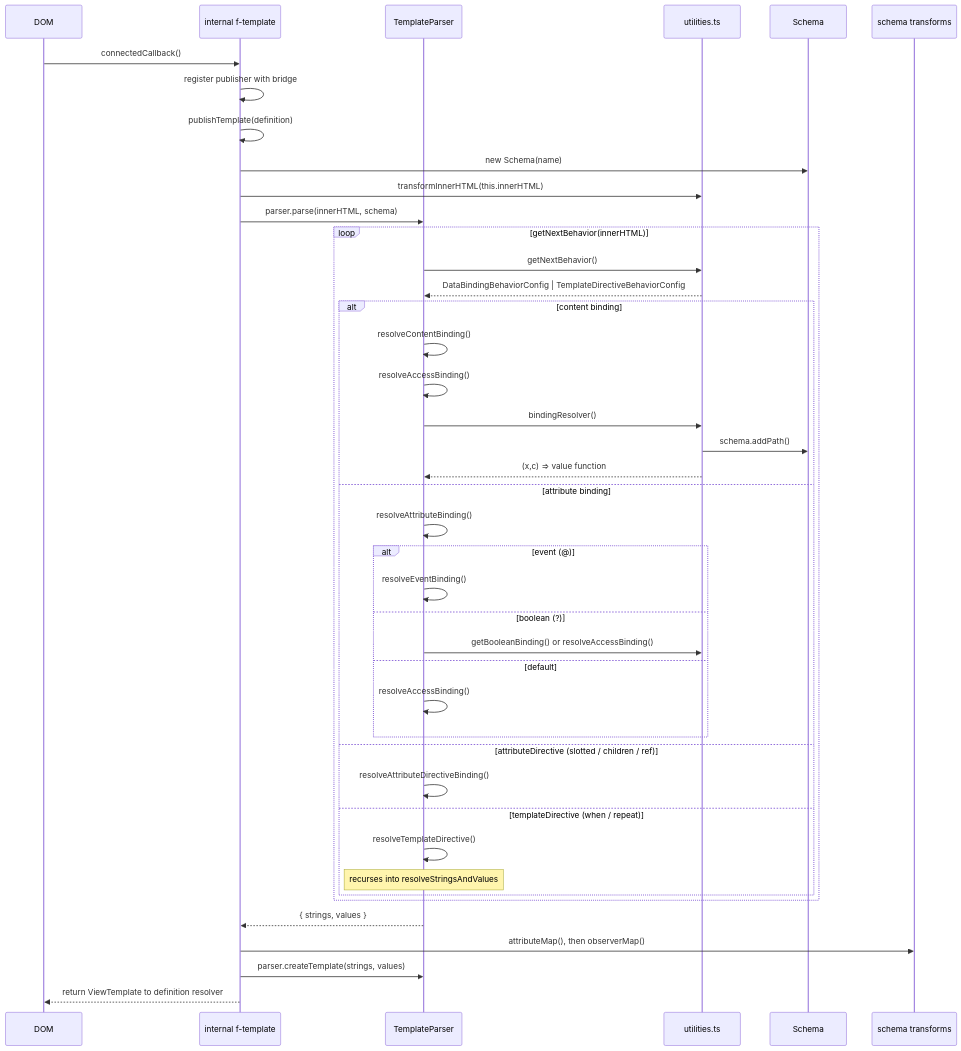
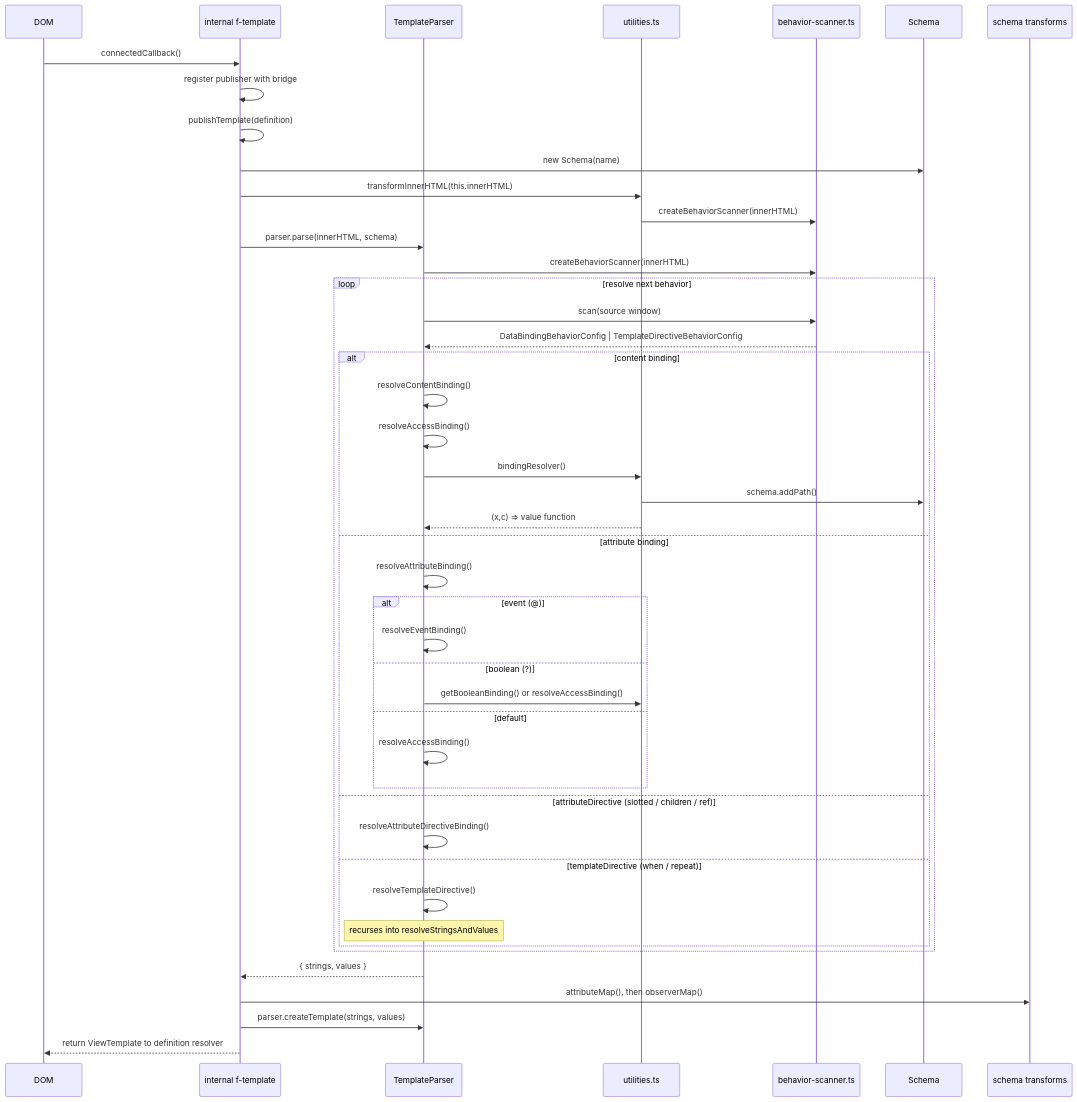
One commit to microsoft/fast changed the second of 4 diagrams in packages/fast-element/docs/declarative/design.md. Above: the diagram before and after it, drawn with Mermaid. The commit also changed other lines of this file and 7 other files, not shown here.

````diff
--- a/packages/fast-element/docs/declarative/design.md
+++ b/packages/fast-element/docs/declarative/design.md
@@ -451,45 +458,48 @@
 ```mermaid
 sequenceDiagram
     participant DOM
     participant FTE as internal f-template
     participant TP as TemplateParser
     participant U as utilities.ts
+    participant BS as behavior-scanner.ts
     participant S as Schema
     participant Transforms as schema transforms
 
     DOM->>FTE: connectedCallback()
     FTE->>FTE: register publisher with bridge
     FTE->>FTE: publishTemplate(definition)
     FTE->>S: new Schema(name)
     FTE->>U: transformInnerHTML(this.innerHTML)
+    U->>BS: createBehaviorScanner(innerHTML)
     FTE->>TP: parser.parse(innerHTML, schema)
-    loop getNextBehavior(innerHTML)
-        TP->>U: getNextBehavior()
-        U-->>TP: DataBindingBehaviorConfig | TemplateDirectiveBehaviorConfig
+    TP->>BS: createBehaviorScanner(innerHTML)
+    loop resolve next behavior
+        TP->>BS: scan(source window)
+        BS-->>TP: DataBindingBehaviorConfig | TemplateDirectiveBehaviorConfig
         alt content binding
             TP->>TP: resolveContentBinding()
             TP->>TP: resolveAccessBinding()
             TP->>U: bindingResolver()
             U->>S: schema.addPath()
             U-->>TP: (x,c) => value function
         else attribute binding
             TP->>TP: resolveAttributeBinding()
             alt event (@)
                 TP->>TP: resolveEventBinding()
             else boolean (?)
                 TP->>U: getBooleanBinding() or resolveAccessBinding()
             else default
                 TP->>TP: resolveAccessBinding()
             end
         else attributeDirective (slotted / children / ref)
             TP->>TP: resolveAttributeDirectiveBinding()
         else templateDirective (when / repeat)
             TP->>TP: resolveTemplateDirective()
             note over TP: recurses into resolveStringsAndValues
         end
     end
     TP-->>FTE: { strings, values }
     FTE->>Transforms: attributeMap(), then observerMap()
     FTE->>TP: parser.createTemplate(strings, values)
     FTE-->>DOM: return ViewTemplate to definition resolver
 ```
````
